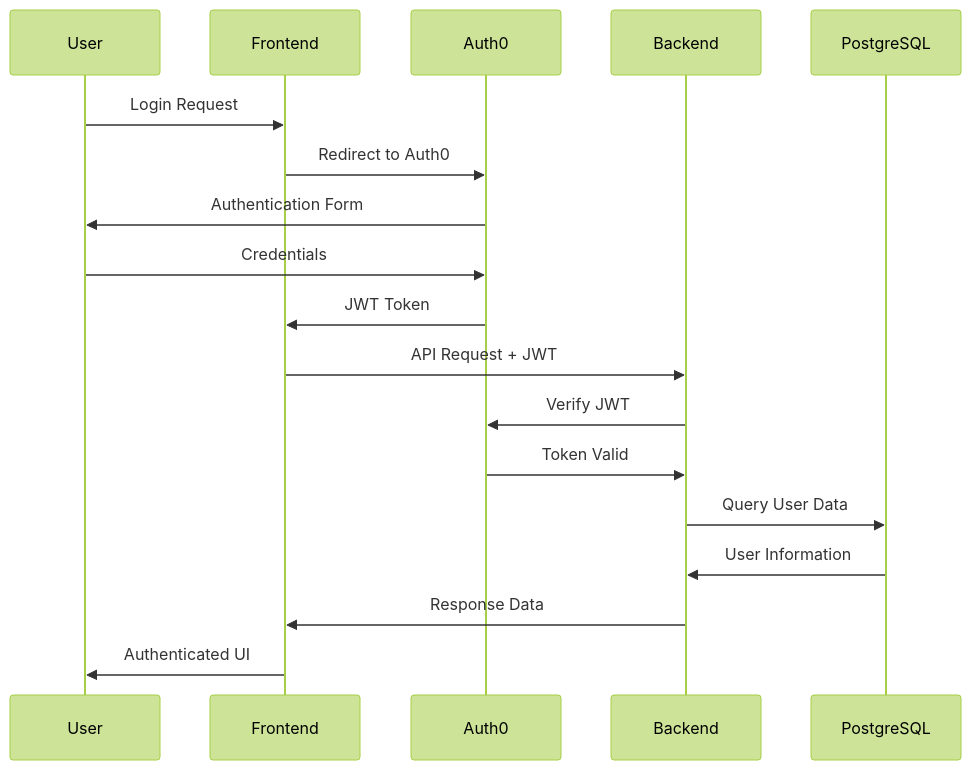
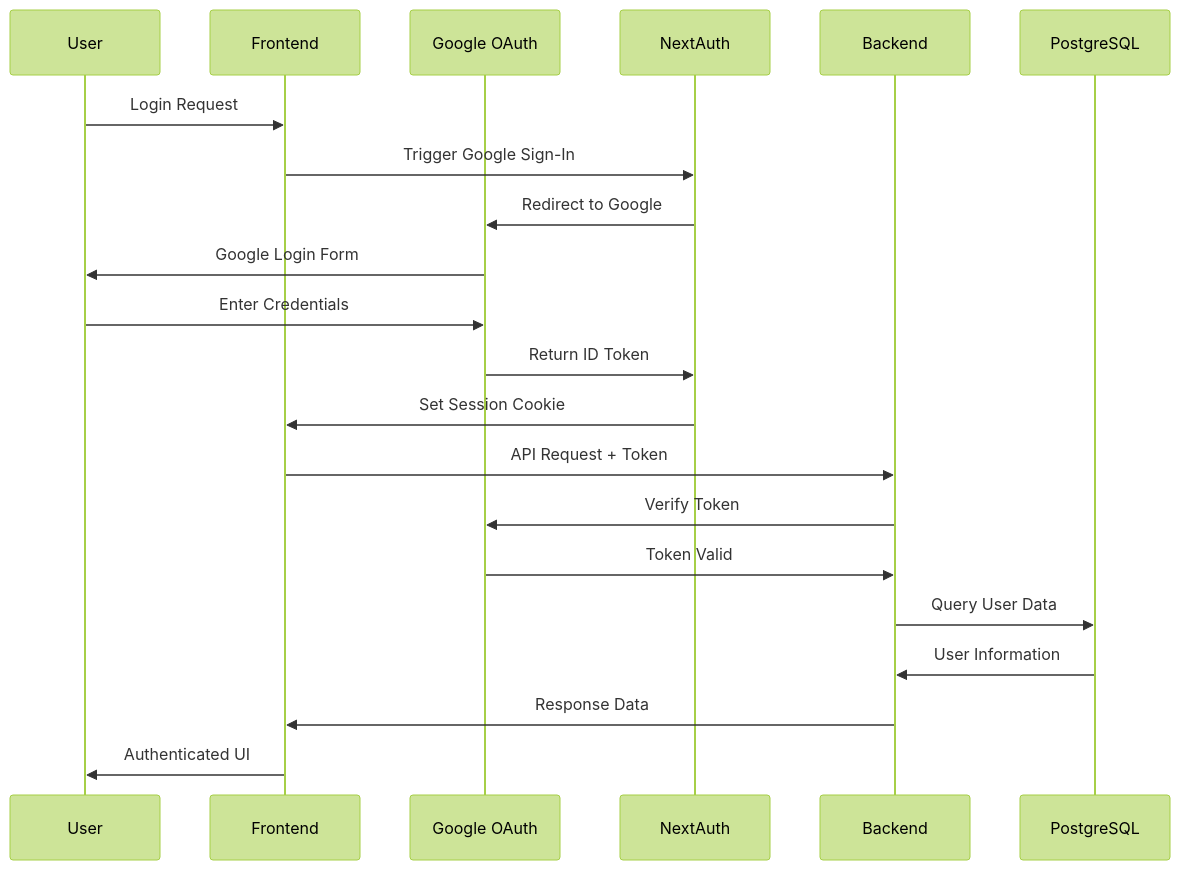
Before and after one commit to ISPBANANA/FLEARN: the second of 3 diagrams in wiki-content/Architecture.md, drawn with Mermaid (forest theme). The commit also changed other lines of this file and 5 other files, not shown here.

````diff
--- a/wiki-content/Architecture.md
+++ b/wiki-content/Architecture.md
@@ -253,21 +286,24 @@
 ```mermaid
 sequenceDiagram
     participant U as User
     participant F as Frontend
-    participant A as Auth0
+    participant G as Google OAuth
+    participant N as NextAuth
     participant B as Backend
     participant DB as PostgreSQL
     
     U->>F: Login Request
-    F->>A: Redirect to Auth0
-    A->>U: Authentication Form
-    U->>A: Credentials
-    A->>F: JWT Token
-    F->>B: API Request + JWT
-    B->>A: Verify JWT
-    A->>B: Token Valid
+    F->>N: Trigger Google Sign-In
+    N->>G: Redirect to Google
+    G->>U: Google Login Form
+    U->>G: Enter Credentials
+    G->>N: Return ID Token
+    N->>F: Set Session Cookie
+    F->>B: API Request + Token
+    B->>G: Verify Token
+    G->>B: Token Valid
     B->>DB: Query User Data
     DB->>B: User Information
     B->>F: Response Data
     F->>U: Authenticated UI
 ```
````
